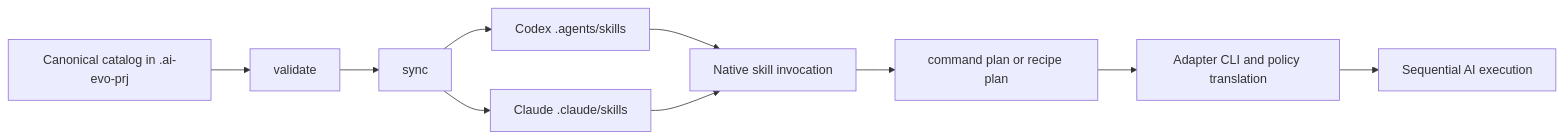
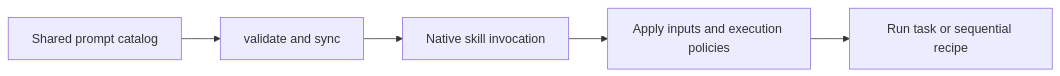
The diagram in README.md (mecio/ai-evo-skills), drawn with Mermaid before and after one commit. The commit also changed other lines of this file and 27 other files, not shown here.

````diff
--- a/README.md
+++ b/README.md
@@ -115,12 +84,7 @@
 ```mermaid
 flowchart LR
-    A[Canonical catalog in .ai-evo-prj] --> B[validate]
-    B --> C[sync]
-    C --> D[Codex .agents/skills]
-    C --> E[Claude .claude/skills]
-    D --> F[Native skill invocation]
-    E --> F
-    F --> G[command plan or recipe plan]
-    G --> H[Adapter CLI and policy translation]
-    H --> I[Sequential AI execution]
+    A[Shared prompt catalog] --> B[validate and sync]
+    B --> C[Native skill invocation]
+    C --> D[Apply inputs and execution policies]
+    D --> E[Run task or sequential recipe]
 ```
````
